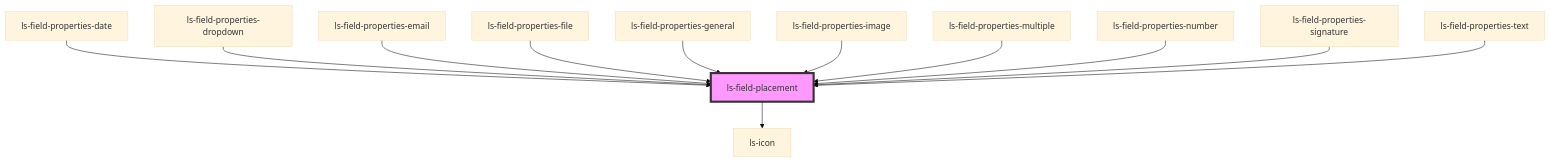
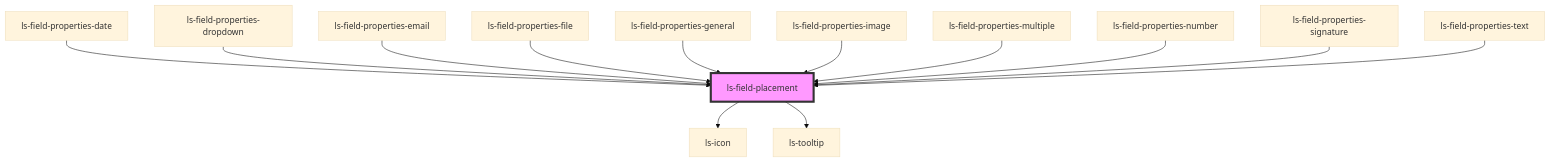
The diagram in src/components/ls-field-placement/readme.md (legalesign/ls-document-viewer), drawn with Mermaid (base theme) before and after one commit. The commit also changed other lines of this file and 34 other files, not shown here.

````diff
--- a/src/components/ls-field-placement/readme.md
+++ b/src/components/ls-field-placement/readme.md
@@ -43,15 +44,16 @@
 ```mermaid
 graph TD;
   ls-field-placement --> ls-icon
+  ls-field-placement --> ls-tooltip
   ls-field-properties-date --> ls-field-placement
   ls-field-properties-dropdown --> ls-field-placement
   ls-field-properties-email --> ls-field-placement
   ls-field-properties-file --> ls-field-placement
   ls-field-properties-general --> ls-field-placement
   ls-field-properties-image --> ls-field-placement
   ls-field-properties-multiple --> ls-field-placement
   ls-field-properties-number --> ls-field-placement
   ls-field-properties-signature --> ls-field-placement
   ls-field-properties-text --> ls-field-placement
   style ls-field-placement fill:#f9f,stroke:#333,stroke-width:4px
 ```
````
